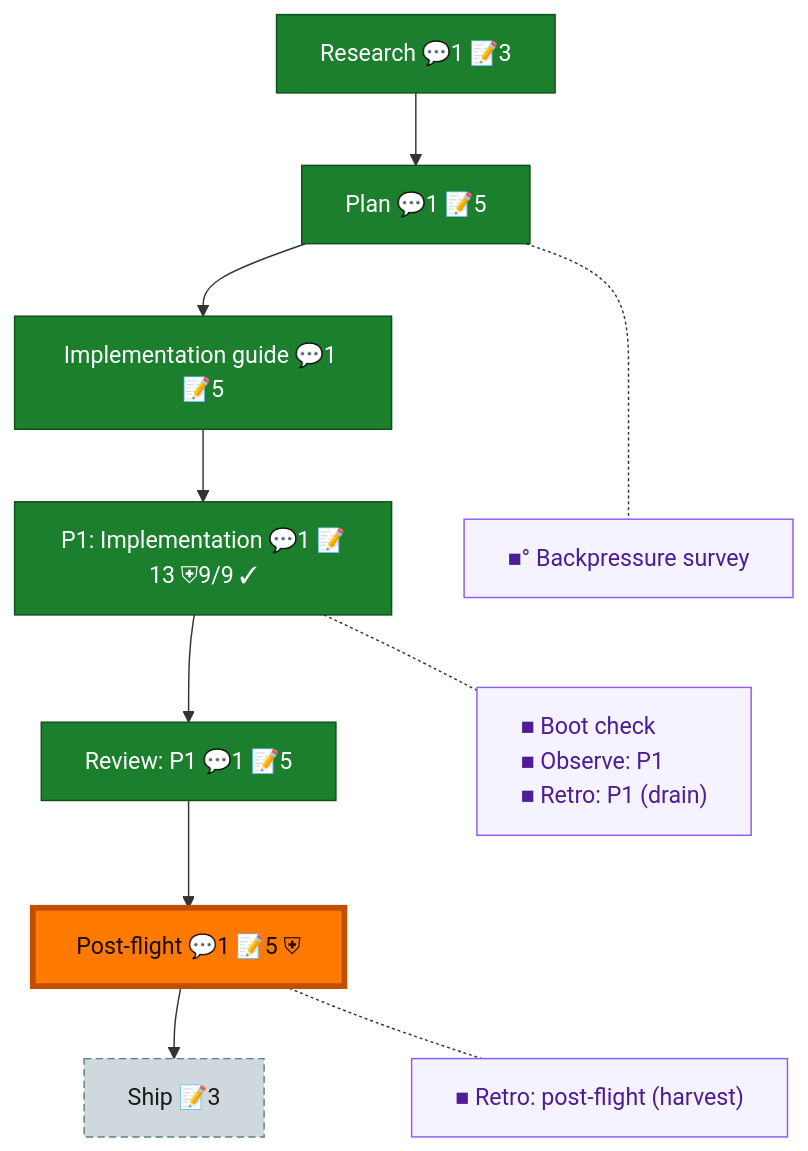
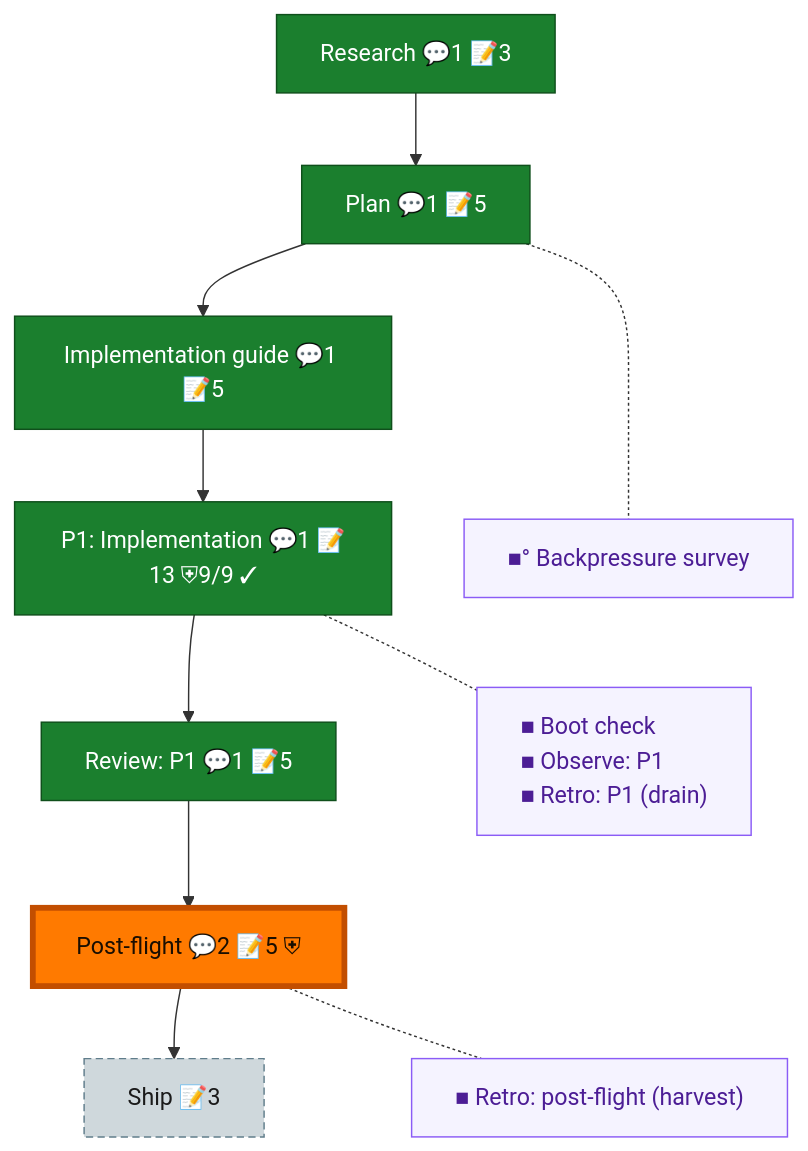
Before and after one commit to AI-Substrate/Unisphere: the diagram in docs/plans/archive/010-native-adapters/the-flow.md, drawn with Mermaid. The commit also changed other lines of this file and 2 other files, not shown here.

````diff
--- a/docs/plans/archive/010-native-adapters/the-flow.md
+++ b/docs/plans/archive/010-native-adapters/the-flow.md
@@ -8,31 +8,30 @@
 ```mermaid
 flowchart TD
     research["Research 💬1 📝3"]:::done
     plan["Plan 💬1 📝5"]:::done
     impl_guide["Implementation guide 💬1 📝5"]:::done
     phase_1["P1: Implementation 💬1 📝13 ⛨9/9 ✓"]:::done
     review_1["Review: P1 💬1 📝5"]:::done
-    post_flight["Post-flight 💬1 📝5 ⛨"]:::wip
+    post_flight["Post-flight 💬2 📝5 ⛨"]:::done
     ship["Ship 📝3"]:::assumed
 
     research --> plan --> impl_guide --> phase_1 --> review_1 --> post_flight --> ship
 
     planC["■° Backpressure survey"]:::chore
     phase_1C["■ Boot check<br/>■ Observe: P1<br/>■ Retro: P1 (drain)"]:::chore
     post_flightC["■ Retro: post-flight (harvest)"]:::chore
 
     %% invisible chain holds the gutter boxes in their own column
     planC ~~~ phase_1C ~~~ post_flightC
 
     %% dotted links pull each gutter box beside its node
     plan -.- planC
     phase_1 -.- phase_1C
     post_flight -.- post_flightC
 
     classDef done fill:#1B7F2E,stroke:#0F4F1B,color:#fff;
-    classDef wip fill:#43C04A,stroke:#1B7F2E,color:#04210A;
     classDef assumed fill:#CFD8DC,stroke:#607D8B,color:#1a1a1a,stroke-dasharray:5 3;
     classDef chore fill:#f5f3ff,stroke:#8b5cf6,color:#4c1d95,text-align:left;
     classDef current fill:#FF7A00,stroke:#C24E00,color:#1a0e00,stroke-width:4px;
     class post_flight current;
 ```
````
